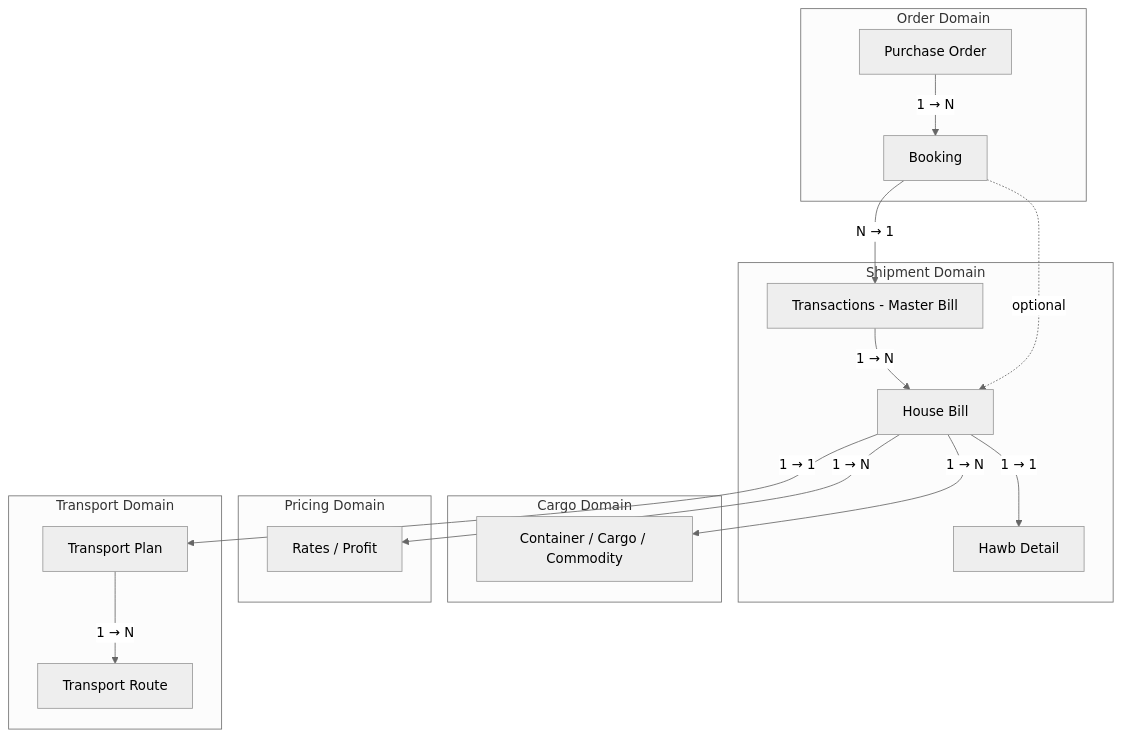
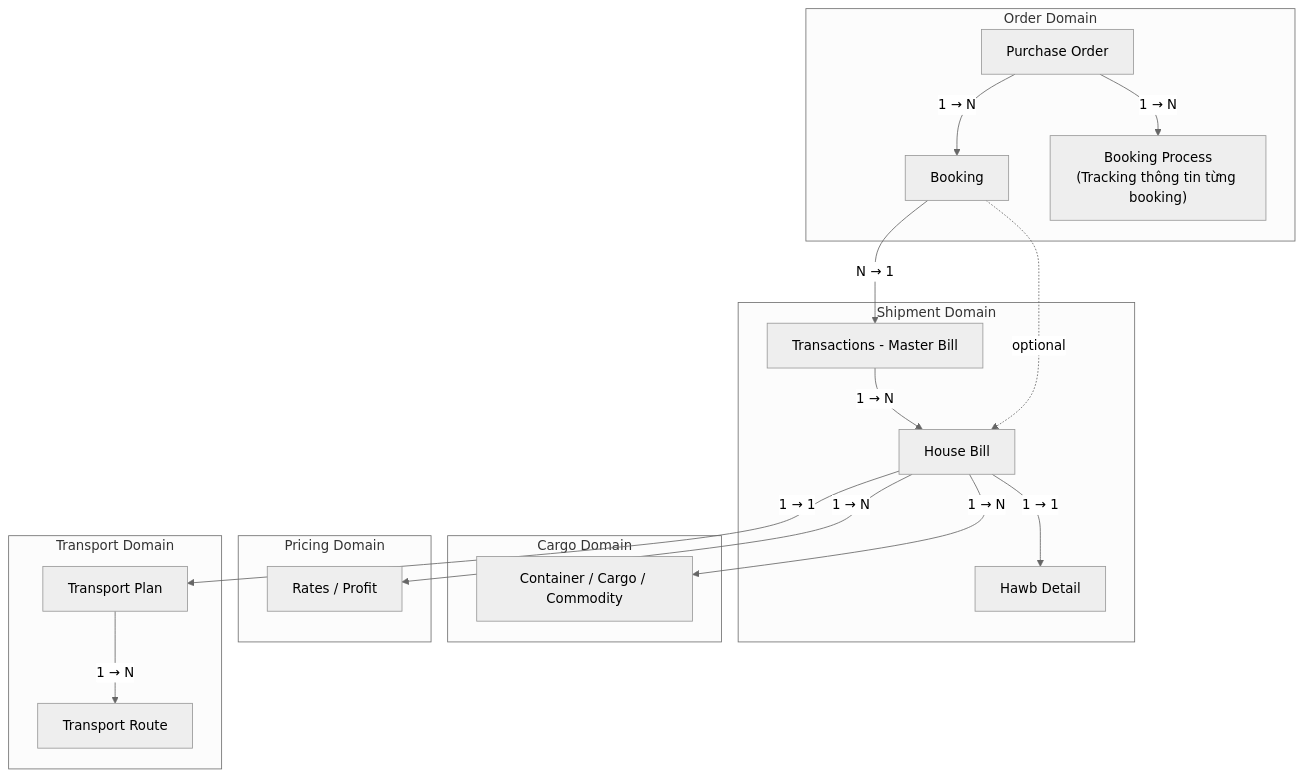
One commit to ngcdan/wiki changed the first of 2 diagrams in projects/bf1/ERD.md. Above: the diagram before and after it, drawn with Mermaid (neutral theme).

Commit message:
docs: thêm Booking Process vào DDD diagram

````diff
--- a/projects/bf1/ERD.md
+++ b/projects/bf1/ERD.md
@@ -13,29 +13,30 @@
 ```mermaid
 graph TD
     subgraph ORDER["Order Domain"]
         PO["Purchase Order"] -->|"1 → N"| BK["Booking"]
+        PO -->|"1 → N"| BP["Booking Process\n(Tracking thông tin từng booking)"]
     end
 
     subgraph SHIPMENT["Shipment Domain"]
         MB["Transactions - Master Bill"] -->|"1 → N"| HB["House Bill"]
         HB -->|"1 → 1"| HD["Hawb Detail"]
     end
 
     subgraph CARGO["Cargo Domain"]
         CC["Container / Cargo / Commodity"]
     end
 
     subgraph PRICING["Pricing Domain"]
         RP["Rates / Profit"]
     end
 
     subgraph TRANSPORT["Transport Domain"]
         TP["Transport Plan"] -->|"1 → N"| TR["Transport Route"]
     end
 
     BK -->|"N → 1"| MB
     BK -.->|"optional"| HB
     HB -->|"1 → N"| CC
     HB -->|"1 → N"| RP
     HB -->|"1 → 1"| TP
 ```
````
